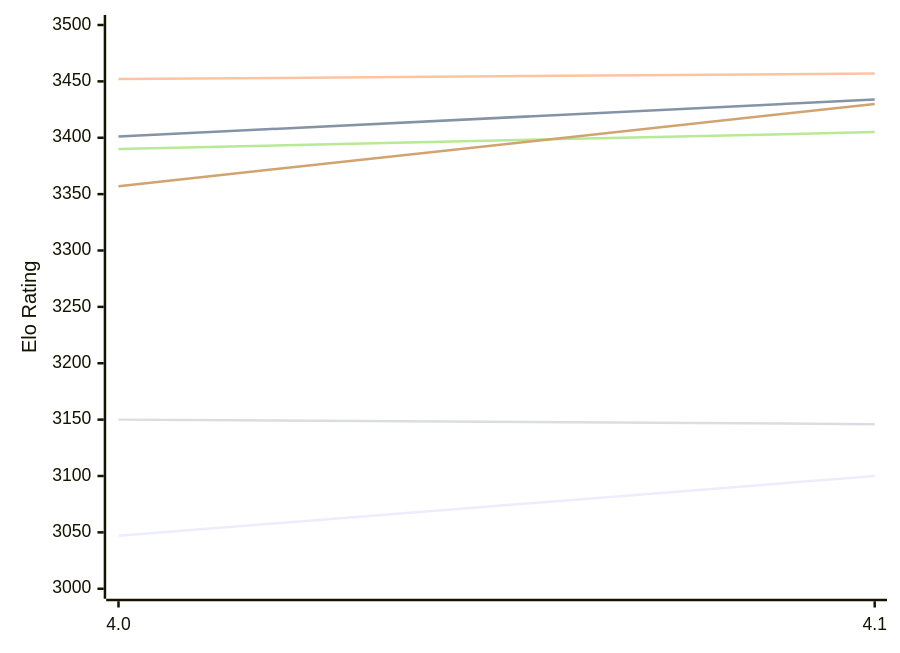
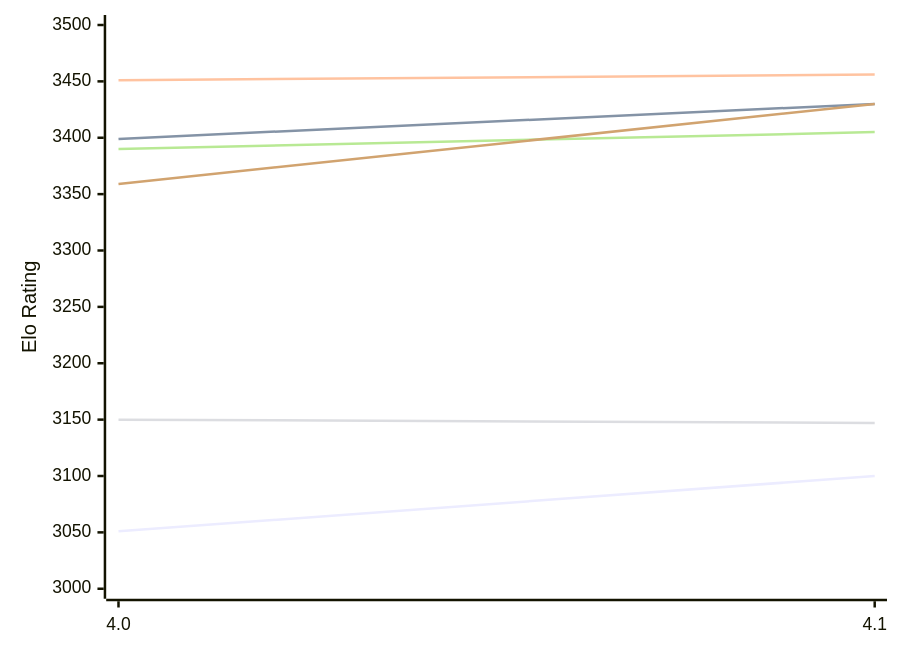
One commit to computer-chess-index/cci changed the first of 2 diagrams in engines/Eleanor.md. Above: the diagram before and after it, drawn with Mermaid. The commit also changed other lines of this file, not shown here.

Commit message:
Update CCI Ratings (ELO VLTC) - 2026-11-28

````diff
--- a/engines/Eleanor.md
+++ b/engines/Eleanor.md
@@ -51,12 +51,12 @@
 ```mermaid
 %%{init: {"theme":"base","themeVariables":{"seriesColors:['#a3a3a3','#222221','#faa371']}}}%%
 xychart-beta
   x-axis ["4.0", "4.1"]
   y-axis "Elo Rating" 3000 --> 3500
-  line "E1: STC (8.0+0.08s)" [3047, 3100]
-  line "E1: LTC (60.0+0.60s)" [3401, 3434]
-  line "E1: VLTC (2m24s+1.12s)" [3452, 3457]
-  line "P1: STC (8.0+0.08s)" [3150, 3146]
+  line "E1: STC (8.0+0.08s)" [3051, 3100]
+  line "E1: LTC (60.0+0.60s)" [3399, 3430]
+  line "E1: VLTC (2m24s+1.12s)" [3451, 3456]
+  line "P1: STC (8.0+0.08s)" [3150, 3147]
   line "P1: LTC (60.0+0.60s)" [3390, 3405]
-  line "P1: VLTC (2m24s+1.12s)" [3357, 3430]
+  line "P1: VLTC (2m24s+1.12s)" [3359, 3430]
 ```
````
